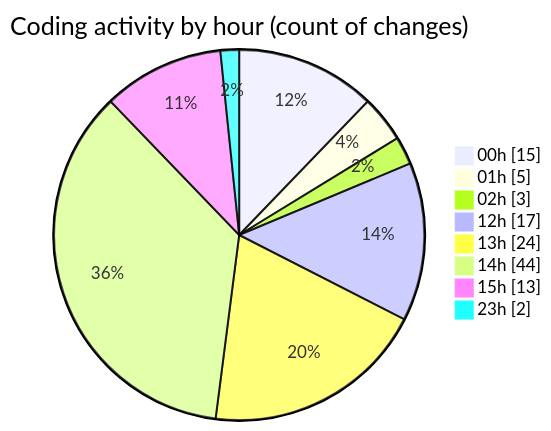
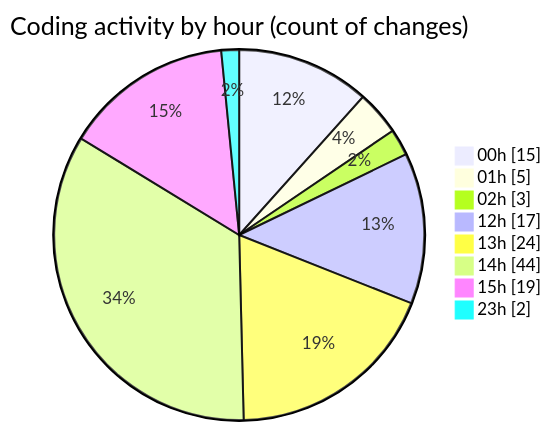
The second of 2 diagrams in 2025-08-13/rentotp/README.md (lephambinh05/code-tracking), drawn with Mermaid before and after one commit. The commit also changed other lines of this file and 1 other file, not shown here.

````diff
--- a/2025-08-13/rentotp/README.md
+++ b/2025-08-13/rentotp/README.md
@@ -50,12 +50,12 @@
 ```mermaid
 pie showData
 title Coding activity by hour (count of changes)
 "00h" : 15
 "01h" : 5
 "02h" : 3
 "12h" : 17
 "13h" : 24
 "14h" : 44
-"15h" : 13
+"15h" : 19
 "23h" : 2
 ```
````
